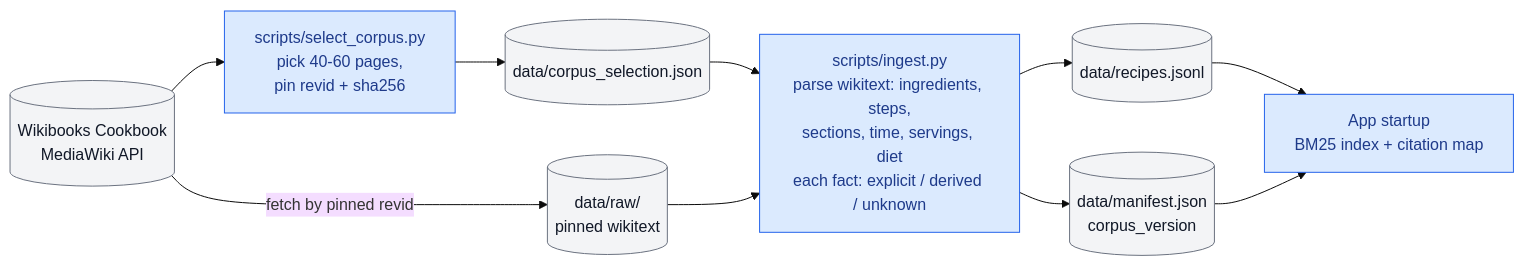
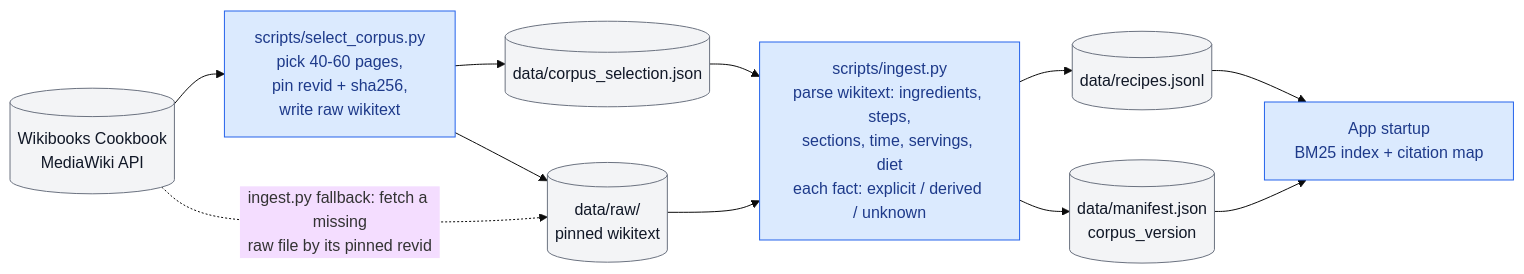
Before and after one commit to tulaman/recipe-qa: the second of 2 diagrams in docs/pipeline.md, drawn with Mermaid (base theme). The commit also changed other lines of this file, not shown here.

First line of the commit message:
Fix the pipeline diagram where review found it disagreed with the code

````diff
--- a/docs/pipeline.md
+++ b/docs/pipeline.md
@@ -145,21 +144,23 @@
 ```mermaid
 flowchart LR
     WB[("Wikibooks Cookbook<br/>MediaWiki API")]
-    SEL["scripts/select_corpus.py<br/>pick 40-60 pages,<br/>pin revid + sha256"]
+    SEL["scripts/select_corpus.py<br/>pick 40-60 pages,<br/>pin revid + sha256,<br/>write raw wikitext"]
     CS[("data/corpus_selection.json")]
     RAW[("data/raw/<br/>pinned wikitext")]
     ING["scripts/ingest.py<br/>parse wikitext: ingredients, steps,<br/>sections, time, servings, diet<br/>each fact: explicit / derived / unknown"]
     REC[("data/recipes.jsonl")]
     MAN[("data/manifest.json<br/>corpus_version")]
     APP["App startup<br/>BM25 index + citation map"]
 
-    WB --> SEL --> CS --> ING
-    WB -->|"fetch by pinned revid"| RAW --> ING
+    WB --> SEL
+    SEL --> CS --> ING
+    SEL --> RAW --> ING
+    WB -.->|"ingest.py fallback: fetch a missing<br/>raw file by its pinned revid"| RAW
     ING --> REC --> APP
     ING --> MAN --> APP
 
     classDef code fill:#dbeafe,stroke:#2563eb,color:#1e3a8a
     classDef data fill:#f3f4f6,stroke:#6b7280,color:#111827
     class SEL,ING,APP code
     class WB,CS,RAW,REC,MAN data
 ```
````
